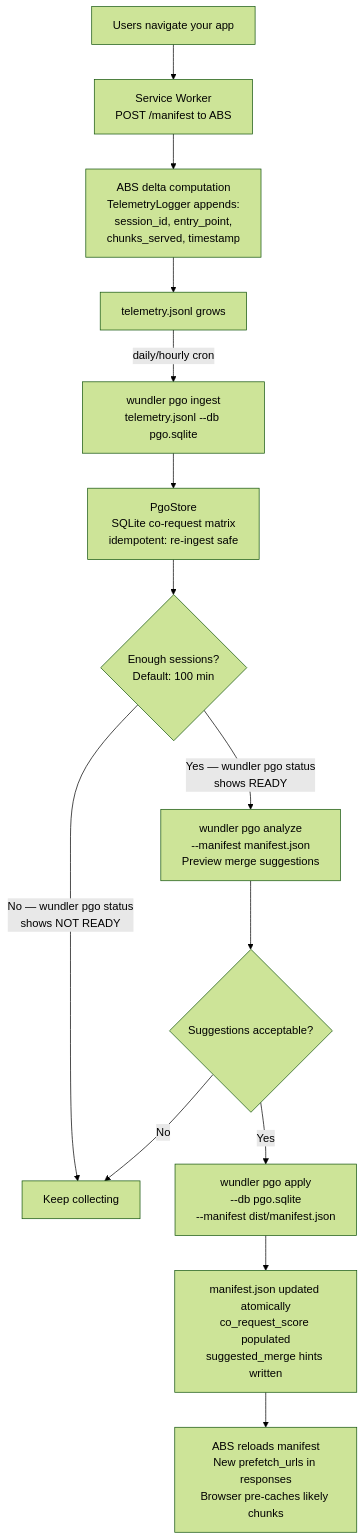
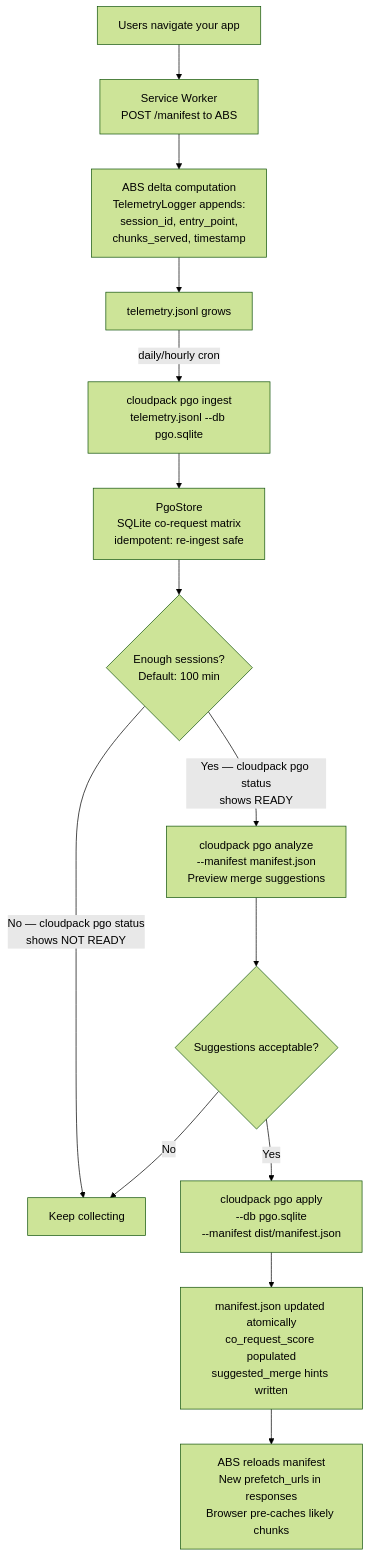
The sixth of 8 diagrams in docs/WORKFLOWS.md (kenotron-ms/wundler), drawn with Mermaid (forest theme) before and after one commit. The commit also changed other lines of this file and 394 other files, not shown here.

Commit message:
chore: rename project wundler → cloudpack

````diff
--- a/docs/WORKFLOWS.md
+++ b/docs/WORKFLOWS.md
@@ -150,20 +150,20 @@
 ```mermaid
 flowchart TD
     A[Users navigate your app] --> B[Service Worker<br/>POST /manifest to ABS]
     B --> C[ABS delta computation<br/>TelemetryLogger appends:<br/>session_id, entry_point,<br/>chunks_served, timestamp]
     C --> D[telemetry.jsonl grows]
 
-    D -->|daily/hourly cron| E[wundler pgo ingest<br/>telemetry.jsonl --db pgo.sqlite]
+    D -->|daily/hourly cron| E[cloudpack pgo ingest<br/>telemetry.jsonl --db pgo.sqlite]
     E --> F[PgoStore<br/>SQLite co-request matrix<br/>idempotent: re-ingest safe]
 
     F --> G{Enough sessions?<br/>Default: 100 min}
-    G -->|No — wundler pgo status<br/>shows NOT READY| H[Keep collecting]
-    G -->|Yes — wundler pgo status<br/>shows READY| I[wundler pgo analyze<br/>--manifest manifest.json<br/>Preview merge suggestions]
+    G -->|No — cloudpack pgo status<br/>shows NOT READY| H[Keep collecting]
+    G -->|Yes — cloudpack pgo status<br/>shows READY| I[cloudpack pgo analyze<br/>--manifest manifest.json<br/>Preview merge suggestions]
 
     I --> J{Suggestions acceptable?}
     J -->|No| H
-    J -->|Yes| K[wundler pgo apply<br/>--db pgo.sqlite<br/>--manifest dist/manifest.json]
+    J -->|Yes| K[cloudpack pgo apply<br/>--db pgo.sqlite<br/>--manifest dist/manifest.json]
 
     K --> L[manifest.json updated atomically<br/>co_request_score populated<br/>suggested_merge hints written]
     L --> M[ABS reloads manifest<br/>New prefetch_urls in responses<br/>Browser pre-caches likely chunks]
 ```
````
